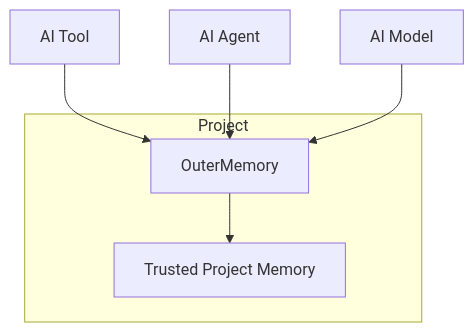
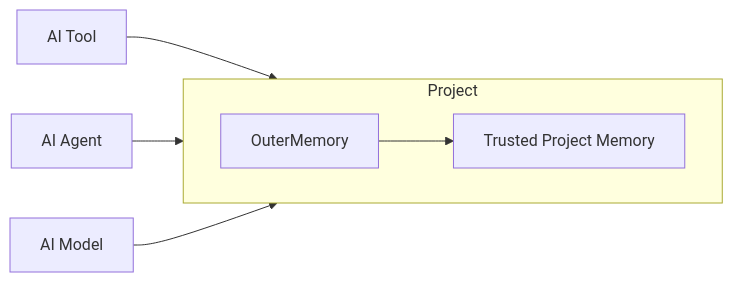
The first of 2 diagrams in README.md (lxh714-hui/OuterMemory), drawn with Mermaid before and after one commit.

Commit message:
Improve architecture diagram

````diff
--- a/README.md
+++ b/README.md
@@ -11,11 +11,17 @@
 ```mermaid
-flowchart TB
+flowchart LR
+    Tool["AI Tool"]
+    Agent["AI Agent"]
+    Model["AI Model"]
+
     subgraph Project["Project"]
+        direction LR
         OM["OuterMemory"]
         Memory["Trusted Project Memory"]
         OM --> Memory
     end
-    Tool["AI Tool"] --> OM
-    Agent["AI Agent"] --> OM
-    Model["AI Model"] --> OM
+
+    Tool --> OM
+    Agent --> OM
+    Model --> OM
 ```
````
